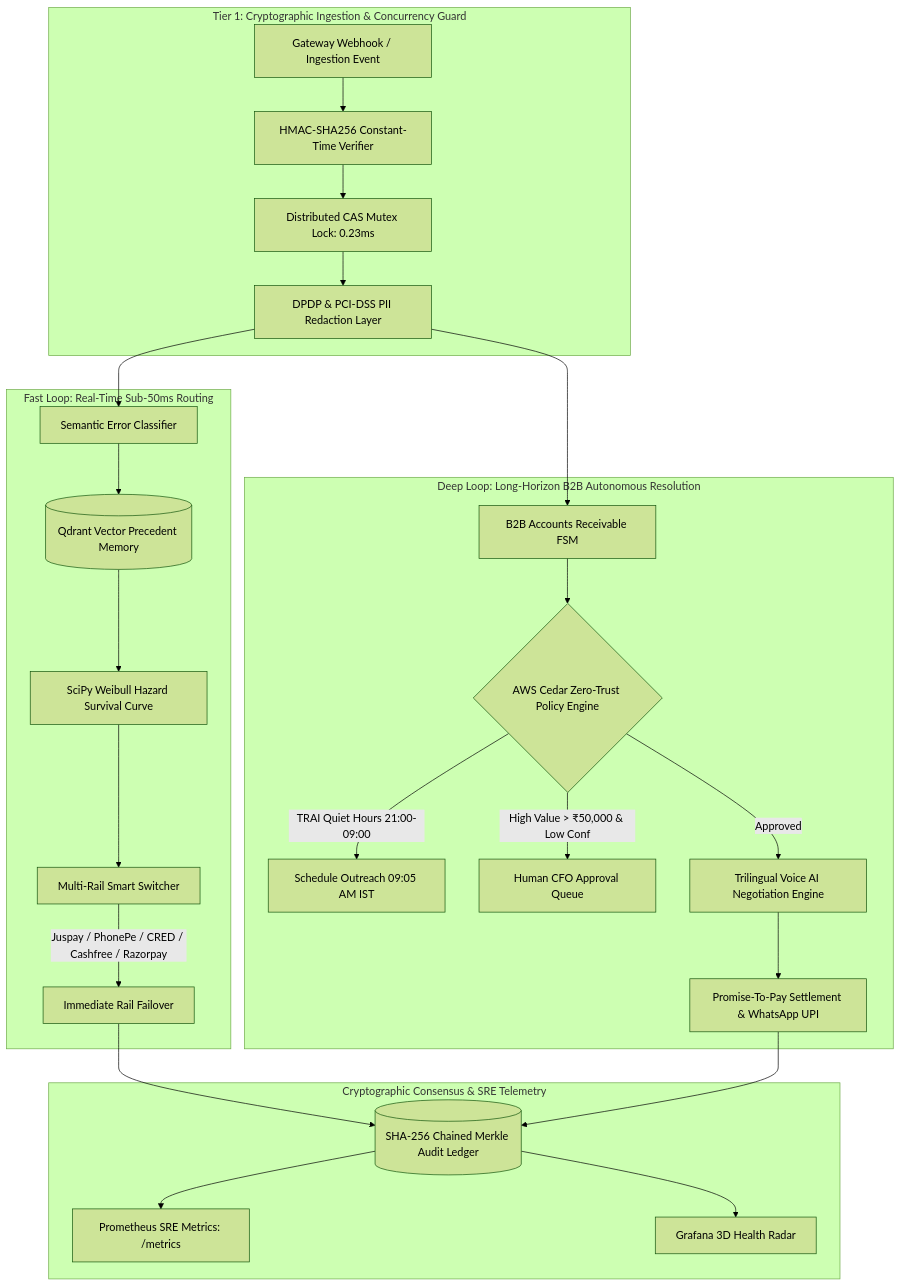
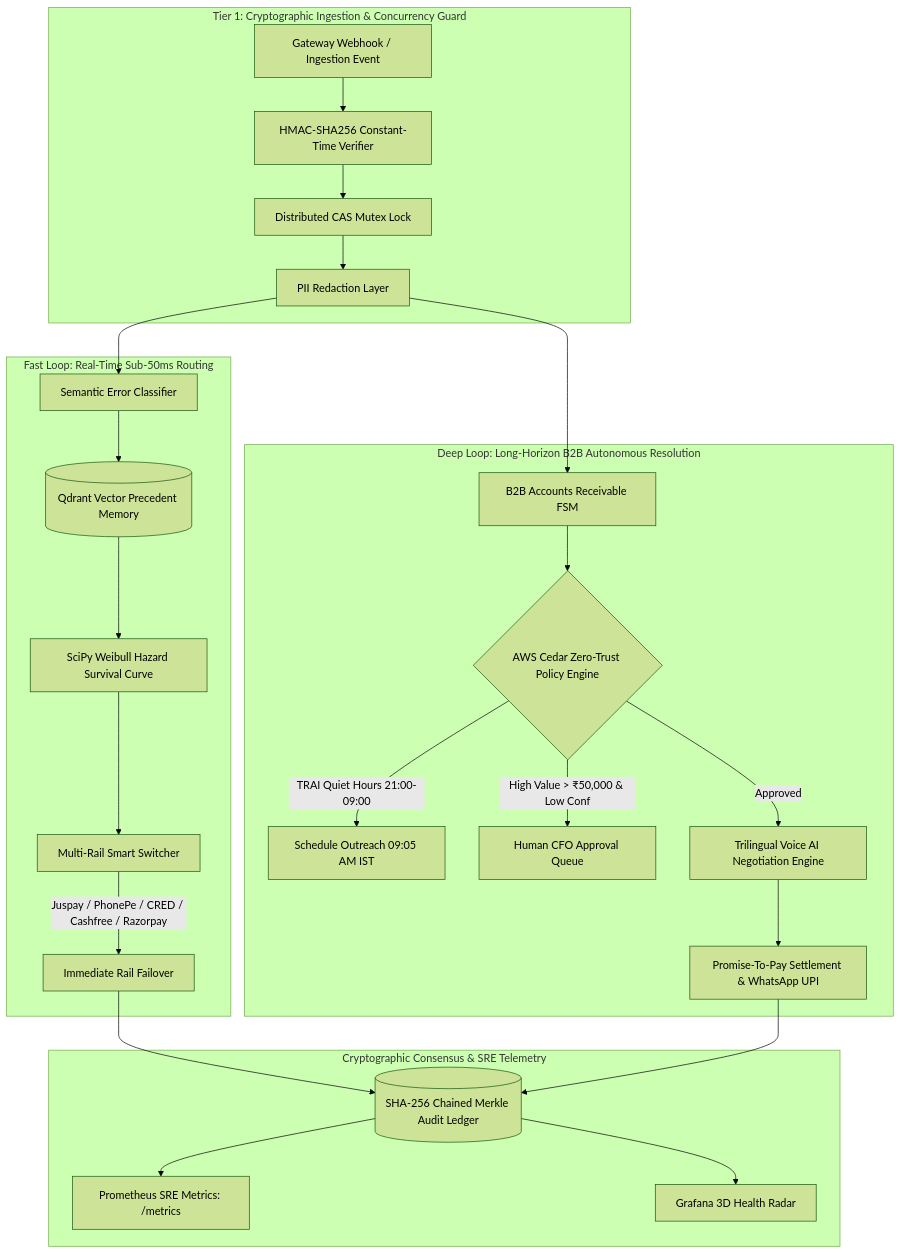
One commit to Samrudh2006/-OmniRevive-OS changed the diagram in README.md. Above: the diagram before and after it, drawn with Mermaid (forest theme). The commit also changed other lines of this file and 3 other files, not shown here.

````diff
--- a/README.md
+++ b/README.md
@@ -109,32 +109,32 @@
 ```mermaid
 flowchart TB
     subgraph Ingestion_Layer [Tier 1: Cryptographic Ingestion & Concurrency Guard]
         W[Gateway Webhook / Ingestion Event] --> HMAC[HMAC-SHA256 Constant-Time Verifier]
-        HMAC --> REDIS[Distributed CAS Mutex Lock: 0.23ms]
-        REDIS --> PII[DPDP & PCI-DSS PII Redaction Layer]
+        HMAC --> REDIS[Distributed CAS Mutex Lock]
+        REDIS --> PII[PII Redaction Layer]
     end
 
     subgraph Fast_Loop [Fast Loop: Real-Time Sub-50ms Routing]
         PII --> CLASSIFIER[Semantic Error Classifier]
         CLASSIFIER --> QDRANT[(Qdrant Vector Precedent Memory)]
         QDRANT --> WEIBULL[SciPy Weibull Hazard Survival Curve]
         WEIBULL --> ROUTER[Multi-Rail Smart Switcher]
         ROUTER -->|Juspay / PhonePe / CRED / Cashfree / Razorpay| RAIL_EXEC[Immediate Rail Failover]
     end
 
     subgraph Deep_Loop [Deep Loop: Long-Horizon B2B Autonomous Resolution]
         PII --> B2B_FSM[B2B Accounts Receivable FSM]
         B2B_FSM --> CEDAR{AWS Cedar Zero-Trust Policy Engine}
         CEDAR -->|TRAI Quiet Hours 21:00-09:00| DEFER[Schedule Outreach 09:05 AM IST]
         CEDAR -->|High Value > ₹50,000 & Low Conf| CFO_QUEUE[Human CFO Approval Queue]
         CEDAR -->|Approved| VOICE_AI[Trilingual Voice AI Negotiation Engine]
         VOICE_AI --> PTP_ENGINE[Promise-To-Pay Settlement & WhatsApp UPI]
     end
 
     subgraph Audit_Layer [Cryptographic Consensus & SRE Telemetry]
         RAIL_EXEC --> MERKLE[(SHA-256 Chained Merkle Audit Ledger)]
         PTP_ENGINE --> MERKLE
         MERKLE --> PROMETHEUS[Prometheus SRE Metrics: /metrics]
         MERKLE --> GRAFANA[Grafana 3D Health Radar]
     end
 ```
````
